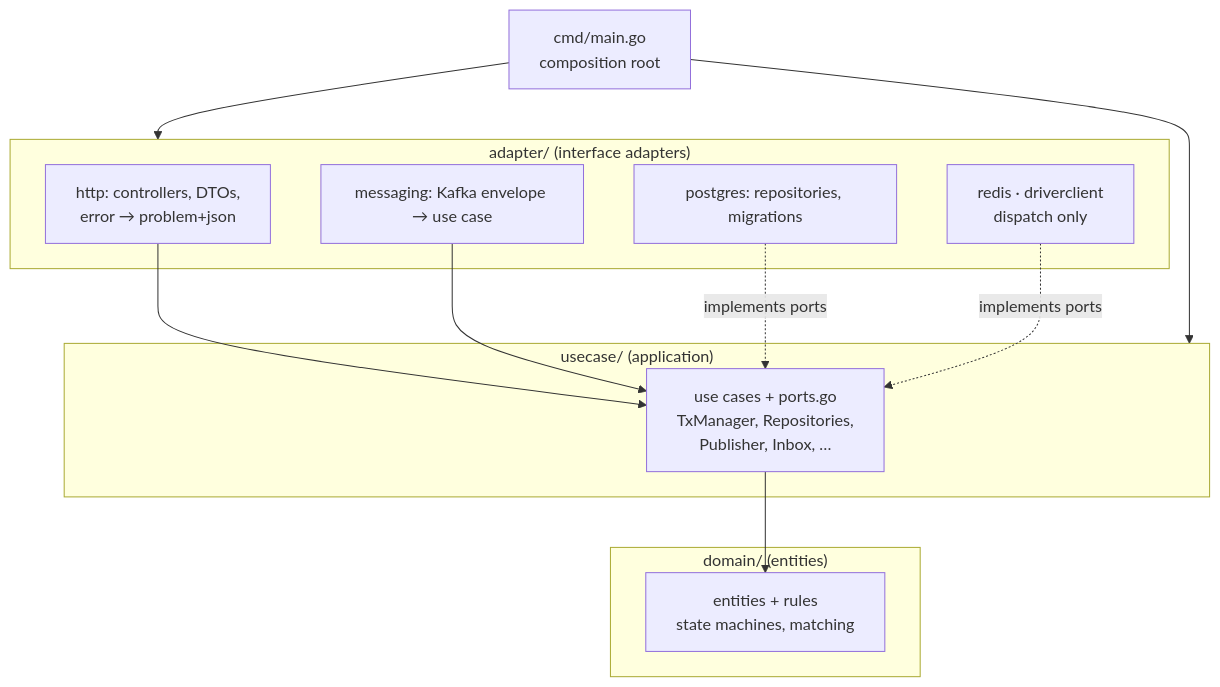
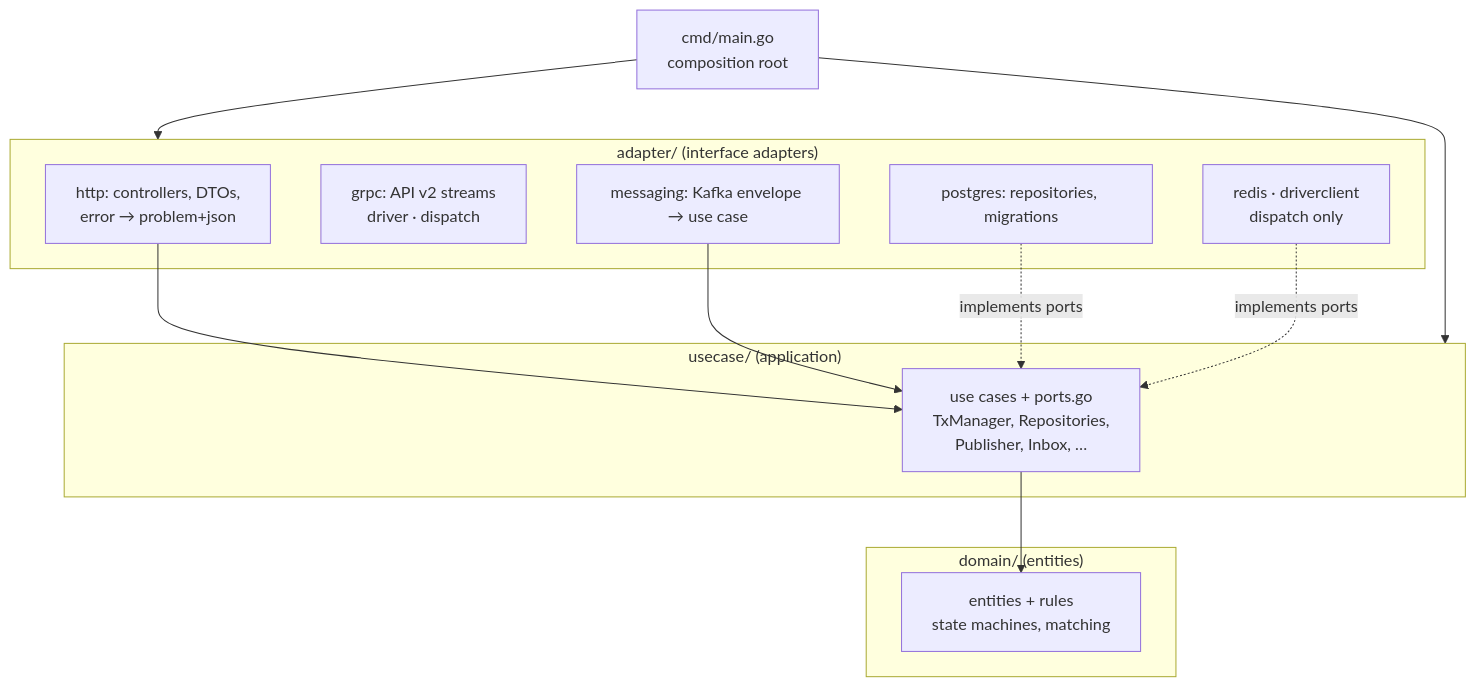
One commit to khoaphan-tw/coding-challenges changed the third of 8 diagrams in coding-challenge-3/kvp/docs/architecture.md. Above: the diagram before and after it, drawn with Mermaid. The commit also changed other lines of this file and 6 other files, not shown here.

````diff
--- a/coding-challenge-3/kvp/docs/architecture.md
+++ b/coding-challenge-3/kvp/docs/architecture.md
@@ -111,22 +111,23 @@
 ```mermaid
 flowchart TB
     subgraph adapters["adapter/ (interface adapters)"]
       HTTP[http: controllers, DTOs,<br/>error → problem+json]
+      GRPC[grpc: API v2 streams<br/>driver · dispatch]
       MSG[messaging: Kafka envelope → use case]
       PG[postgres: repositories, migrations]
       RED[redis · driverclient<br/>dispatch only]
     end
     subgraph uc["usecase/ (application)"]
       UC[use cases + ports.go<br/>TxManager, Repositories,<br/>Publisher, Inbox, …]
     end
     subgraph dom["domain/ (entities)"]
       DOM[entities + rules<br/>state machines, matching]
     end
     MAIN[cmd/main.go<br/>composition root] --> adapters
     MAIN --> uc
     HTTP --> UC
     MSG --> UC
     PG -.implements ports.-> UC
     RED -.implements ports.-> UC
     UC --> DOM
 ```
````
